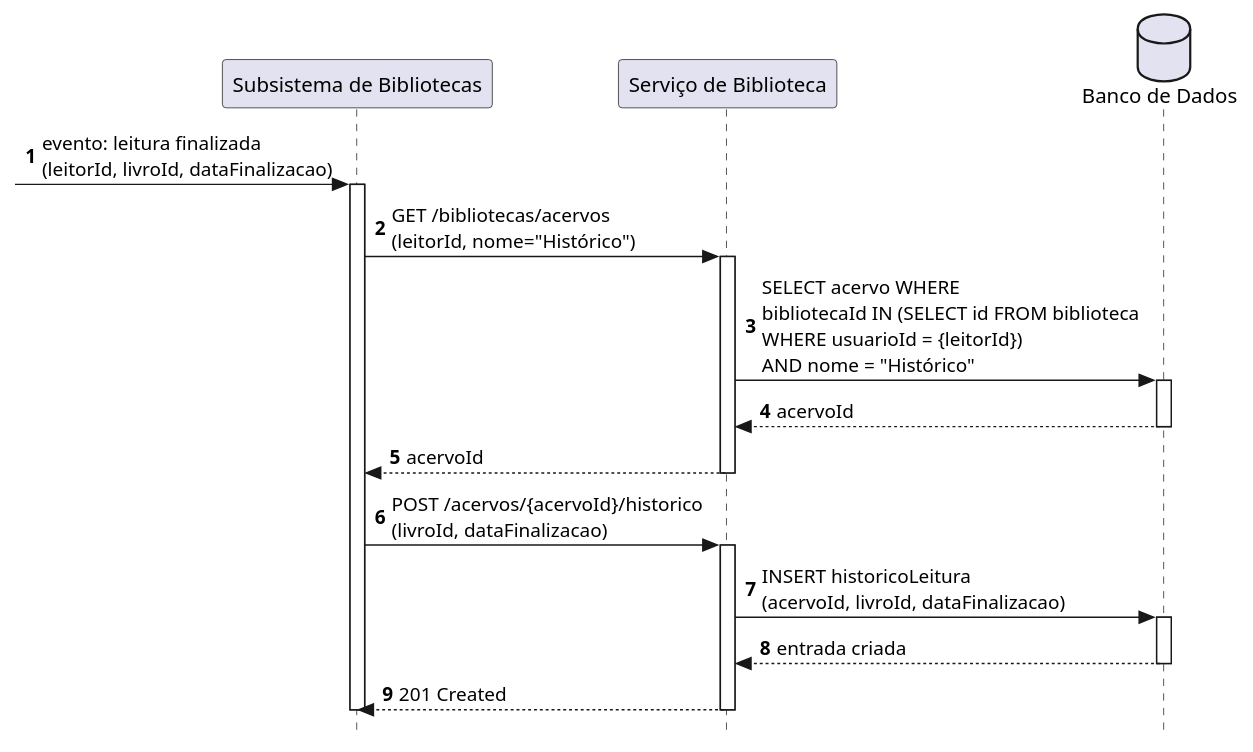
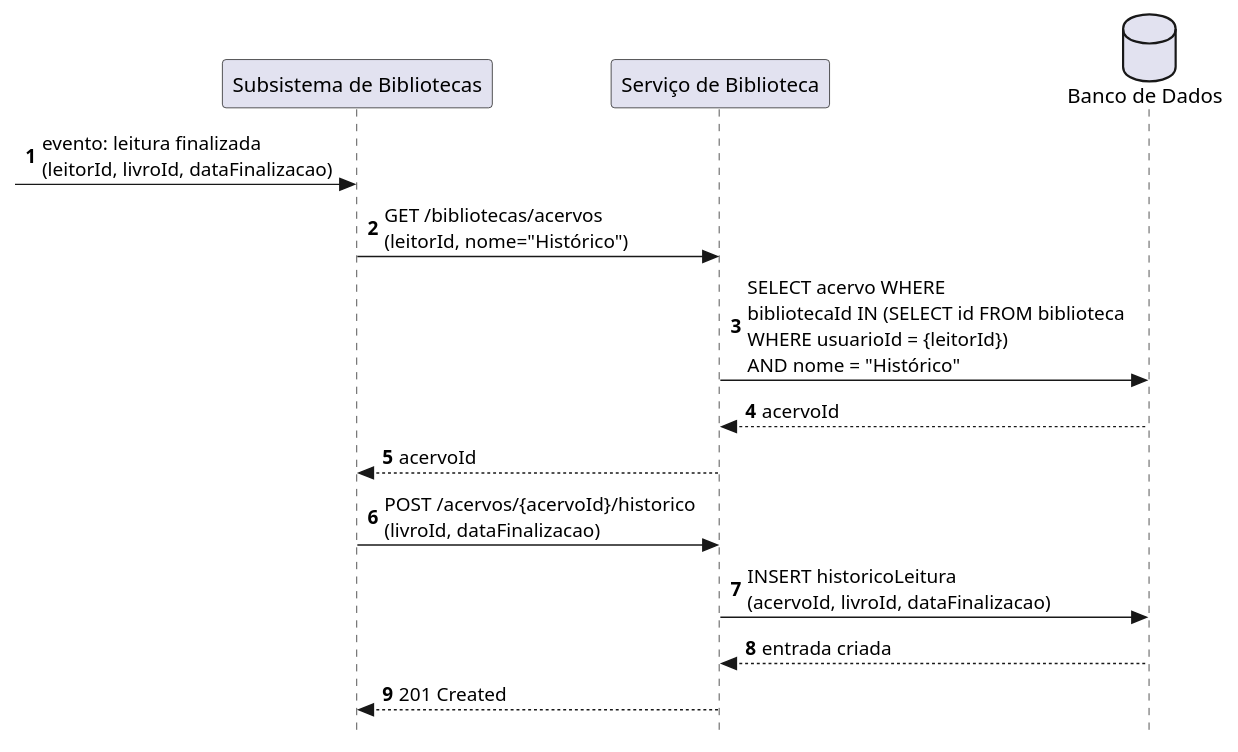
One commit to jalv21/iLib changed the diagram in docs/codigo-plantuml/diagramas-comunicacao/organizacao/dc-inserir_historico_livros.puml. Above: the diagram before and after it, drawn with PlantUML.

Commit message:
docs/criando diagrama de comunicação para inserir no histórico de livros

```diff
--- a/docs/codigo-plantuml/diagramas-comunicacao/organizacao/dc-inserir_historico_livros.puml
+++ b/docs/codigo-plantuml/diagramas-comunicacao/organizacao/dc-inserir_historico_livros.puml
@@ -1,34 +1,23 @@
-@startuml ds-inserir_historico_livros
+@startuml dc-inserir_historico_livros
 autonumber
 skinparam style strictuml
 
 participant Sistema           as "Subsistema de Bibliotecas"
 participant ServiceBiblioteca as "Serviço de Biblioteca"
 database    BD                as "Banco de Dados"
 
 [-> Sistema : evento: leitura finalizada\n(leitorId, livroId, dataFinalizacao)
-activate Sistema
 
 Sistema -> ServiceBiblioteca : GET /bibliotecas/acervos\n(leitorId, nome="Histórico")
-activate ServiceBiblioteca
 ServiceBiblioteca -> BD : SELECT acervo WHERE\nbibliotecaId IN (SELECT id FROM biblioteca\nWHERE usuarioId = {leitorId})\nAND nome = "Histórico"
-activate BD
 BD --> ServiceBiblioteca : acervoId
-deactivate BD
 ServiceBiblioteca --> Sistema : acervoId
-deactivate ServiceBiblioteca
 
 Sistema -> ServiceBiblioteca : POST /acervos/{acervoId}/historico\n(livroId, dataFinalizacao)
-activate ServiceBiblioteca
 
 ServiceBiblioteca -> BD : INSERT historicoLeitura\n(acervoId, livroId, dataFinalizacao)
-activate BD
 BD --> ServiceBiblioteca : entrada criada
-deactivate BD
 
 ServiceBiblioteca --> Sistema : 201 Created
-deactivate ServiceBiblioteca
-
-deactivate Sistema
 
 @enduml
```
